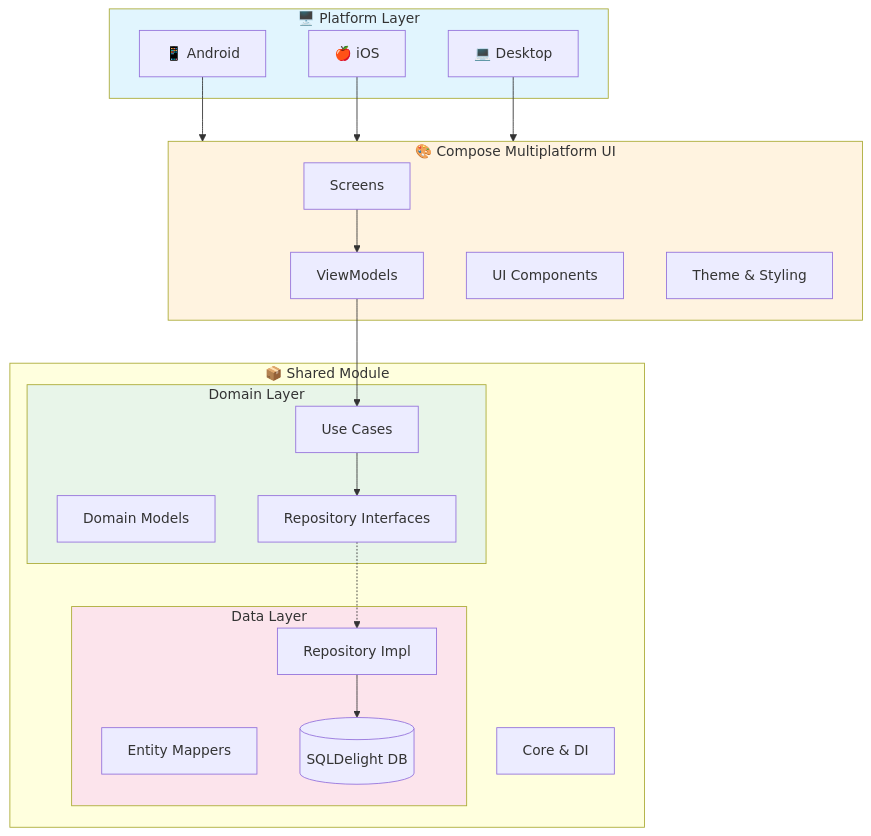
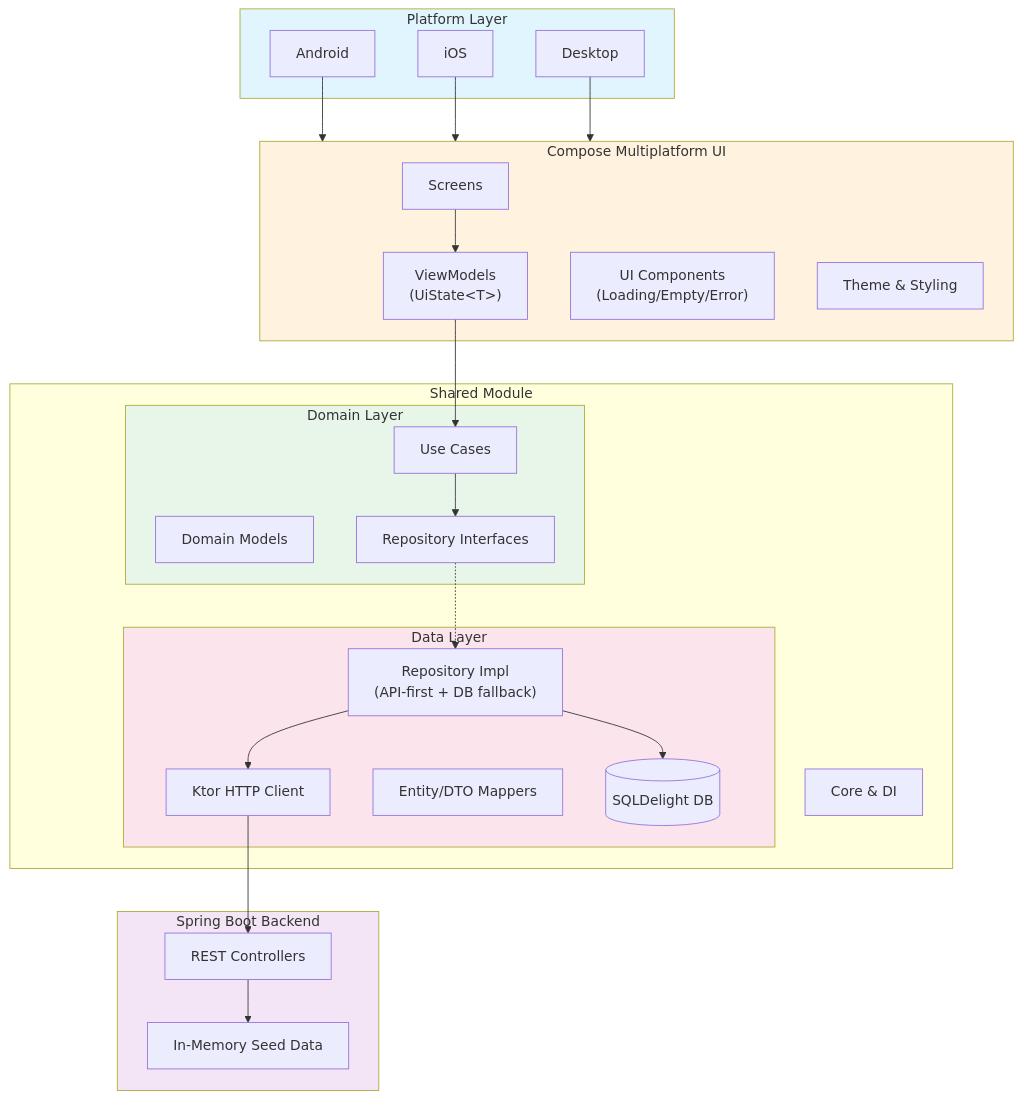
Before and after one commit to kundan35/Siddhika: the first of 6 diagrams in README.md, drawn with Mermaid. The commit also changed other lines of this file, not shown here.

First line of the commit message:
Update README with backend API docs, UiState pattern, and auth features

````diff
--- a/README.md
+++ b/README.md
@@ -247,46 +100,56 @@
 ```mermaid
 graph TB
-    subgraph Platform["🖥️ Platform Layer"]
-        Android["📱 Android"]
-        iOS["🍎 iOS"]
-        Desktop["💻 Desktop"]
+    subgraph Platform["Platform Layer"]
+        Android["Android"]
+        iOS["iOS"]
+        Desktop["Desktop"]
     end
 
-    subgraph UI["🎨 Compose Multiplatform UI"]
+    subgraph UI["Compose Multiplatform UI"]
         Screens["Screens"]
-        ViewModels["ViewModels"]
-        Components["UI Components"]
+        ViewModels["ViewModels<br/>(UiState&lt;T&gt;)"]
+        Components["UI Components<br/>(Loading/Empty/Error)"]
         Theme["Theme & Styling"]
     end
 
-    subgraph Shared["📦 Shared Module"]
+    subgraph Shared["Shared Module"]
         subgraph Domain["Domain Layer"]
             Models["Domain Models"]
             RepoInterfaces["Repository Interfaces"]
             UseCases["Use Cases"]
         end
 
         subgraph Data["Data Layer"]
-            RepoImpl["Repository Impl"]
-            Mappers["Entity Mappers"]
+            RepoImpl["Repository Impl<br/>(API-first + DB fallback)"]
+            RemoteAPI["Ktor HTTP Client"]
+            Mappers["Entity/DTO Mappers"]
             LocalDB[("SQLDelight DB")]
         end
 
         Core["Core & DI"]
+    end
+
+    subgraph Backend["Spring Boot Backend"]
+        Controllers["REST Controllers"]
+        SeedData["In-Memory Seed Data"]
     end
 
     Android --> UI
     iOS --> UI
     Desktop --> UI
 
     Screens --> ViewModels
     ViewModels --> UseCases
     UseCases --> RepoInterfaces
     RepoInterfaces -.-> RepoImpl
+    RepoImpl --> RemoteAPI
     RepoImpl --> LocalDB
+    RemoteAPI --> Controllers
+    Controllers --> SeedData
 
     style Platform fill:#e1f5fe
     style UI fill:#fff3e0
     style Domain fill:#e8f5e9
     style Data fill:#fce4ec
+    style Backend fill:#f3e5f5
 ```
````
